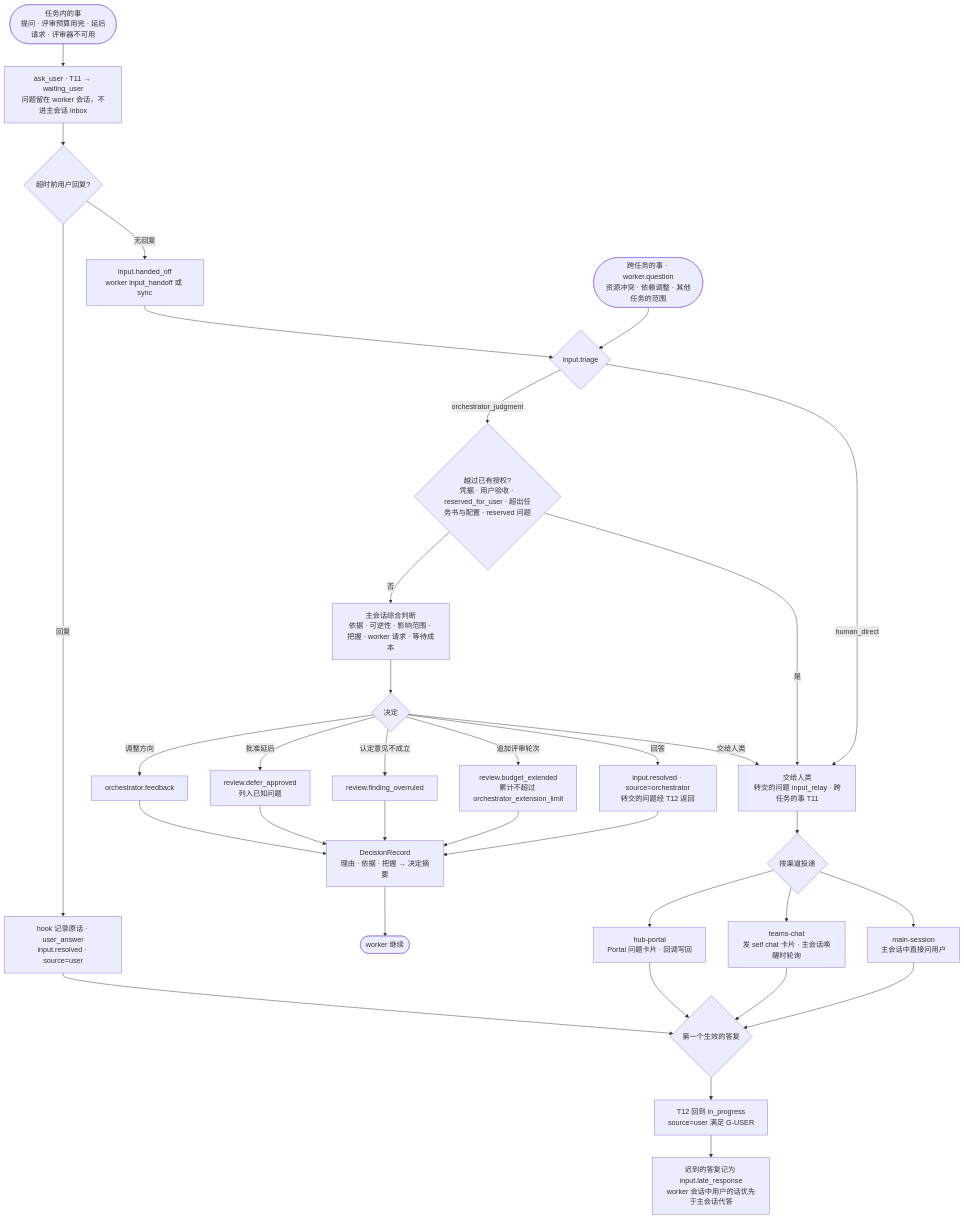
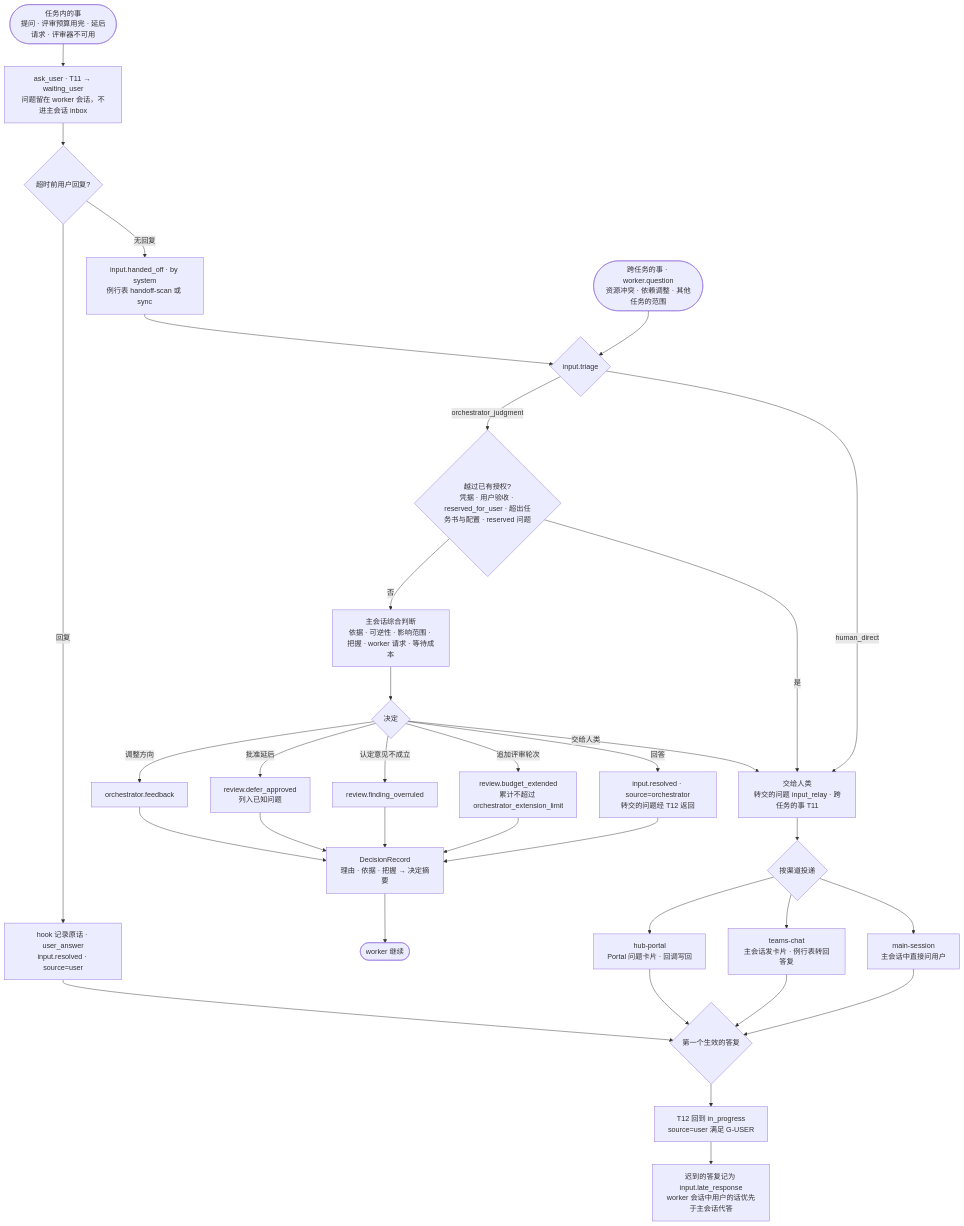
The diagram in docs/design/diagrams/input-routing.mmd (flyrobin620/task-steward), drawn with Mermaid before and after one commit. The commit also changed 45 other files, not shown here.

First line of the commit message:
routine: the routine board, its session and the teams-chat channel (T243) (#22)

```diff
--- a/docs/design/diagrams/input-routing.mmd
+++ b/docs/design/diagrams/input-routing.mmd
@@ -1,35 +1,35 @@
 flowchart TD
     Q1([任务内的事<br/>提问 · 评审预算用完 · 延后请求 · 评审器不可用]) --> ASK
     Q2([跨任务的事 · worker.question<br/>资源冲突 · 依赖调整 · 其他任务的范围]) --> J
     ASK[ask_user · T11 → waiting_user<br/>问题留在 worker 会话，不进主会话 inbox] --> U{超时前用户回复?}
     U -- 回复 --> UA[hook 记录原话 · user_answer<br/>input.resolved · source=user]
-    U -- 无回复 --> HO[input.handed_off<br/>worker input_handoff 或 sync]
+    U -- 无回复 --> HO[input.handed_off · by system<br/>例行表 handoff-scan 或 sync]
     HO --> J
     J{input.triage}
     J -- human_direct --> ESC
     J -- orchestrator_judgment --> A{越过已有授权?<br/>凭据 · 用户验收 · reserved_for_user · 超出任务书与配置 · reserved 问题}
     A -- 是 --> ESC
     A -- 否 --> F[主会话综合判断<br/>依据 · 可逆性 · 影响范围 · 把握 · worker 请求 · 等待成本]
     F --> D{决定}
     D -- 回答 --> R1[input.resolved · source=orchestrator<br/>转交的问题经 T12 返回]
     D -- 追加评审轮次 --> R2[review.budget_extended<br/>累计不超过 orchestrator_extension_limit]
     D -- 认定意见不成立 --> R3[review.finding_overruled]
     D -- 批准延后 --> R4[review.defer_approved<br/>列入已知问题]
     D -- 调整方向 --> R5[orchestrator.feedback]
     D -- 交给人类 --> ESC
     R1 --> DR[DecisionRecord<br/>理由 · 依据 · 把握 → 决定摘要]
     R2 --> DR
     R3 --> DR
     R4 --> DR
     R5 --> DR
     DR --> W1([worker 继续])
     ESC[交给人类<br/>转交的问题 input_relay · 跨任务的事 T11] --> CH{按渠道投递}
     CH --> S1[main-session<br/>主会话中直接问用户]
-    CH --> S2[teams-chat<br/>发 self chat 卡片 · 主会话唤醒时轮询]
+    CH --> S2[teams-chat<br/>主会话发卡片 · 例行表转回答复]
     CH --> S3[hub-portal<br/>Portal 问题卡片 · 回调写回]
     S1 --> V{第一个生效的答复}
     S2 --> V
     S3 --> V
     UA --> V
     V --> RR[T12 回到 in_progress<br/>source=user 满足 G-USER]
     RR --> C[迟到的答复记为 input.late_response<br/>worker 会话中用户的话优先于主会话代答]
```
